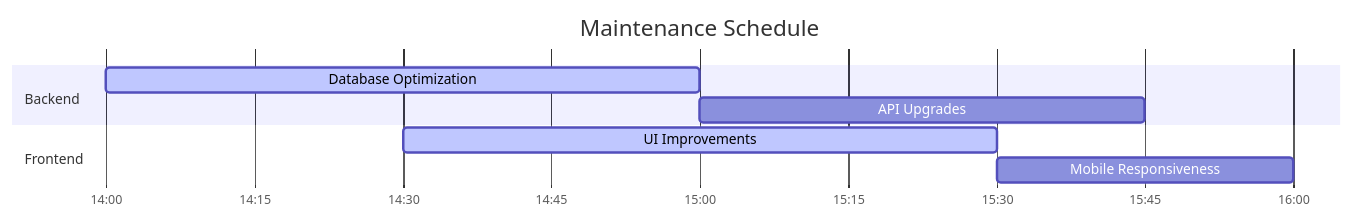
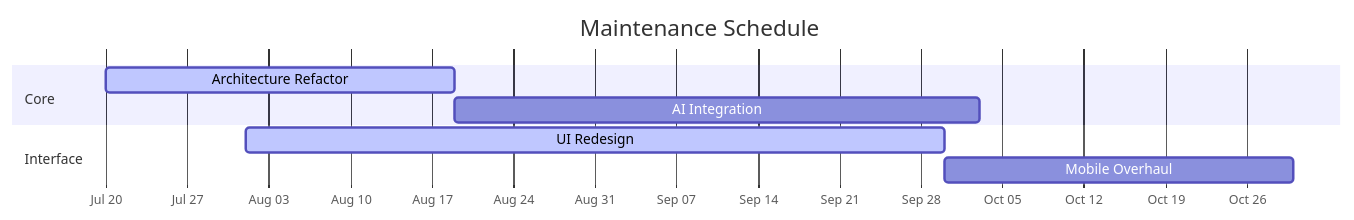
The diagram in README.md (SilvaTechB/silva-md-bot), drawn with Mermaid before and after one commit. The commit also changed other lines of this file, not shown here.

````diff
--- a/README.md
+++ b/README.md
@@ -28,14 +14,14 @@
 ```mermaid
 gantt
     title Maintenance Schedule
-    dateFormat  YYYY-MM-DDTHH:mm
-    axisFormat  %H:%M
+    dateFormat  YYYY-MM-DD
+    axisFormat %b %d
     
-    section Backend
-    Database Optimization       :active,  db1, 2025-10-20T14:00, 1h
-    API Upgrades               :         api1, after db1, 45m
+    section Core
+    Architecture Refactor     :active,  core, 2025-07-20, 30d
+    AI Integration            :         ai, after core, 45d
     
-    section Frontend
-    UI Improvements            :active,  ui1, 2025-10-20T14:30, 1h
-    Mobile Responsiveness      :         mob1, after ui1, 30m
+    section Interface
+    UI Redesign               :active,  ui, 2025-08-01, 60d
+    Mobile Overhaul           :         mobile, after ui, 30d
 ```
````
